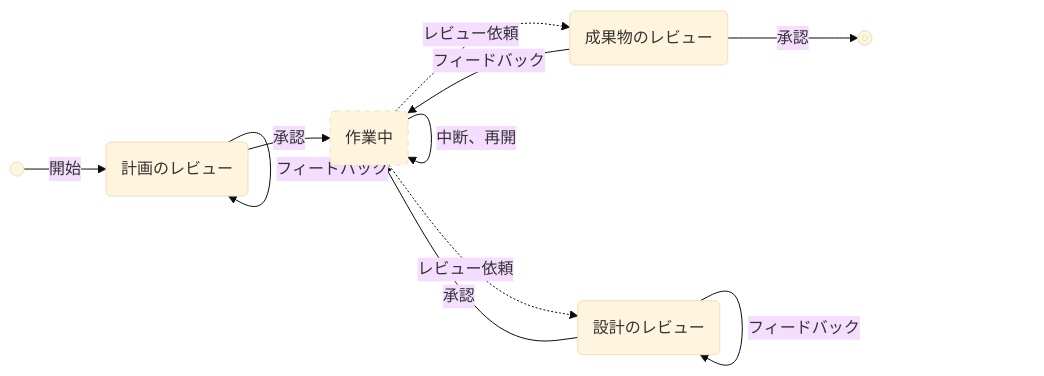
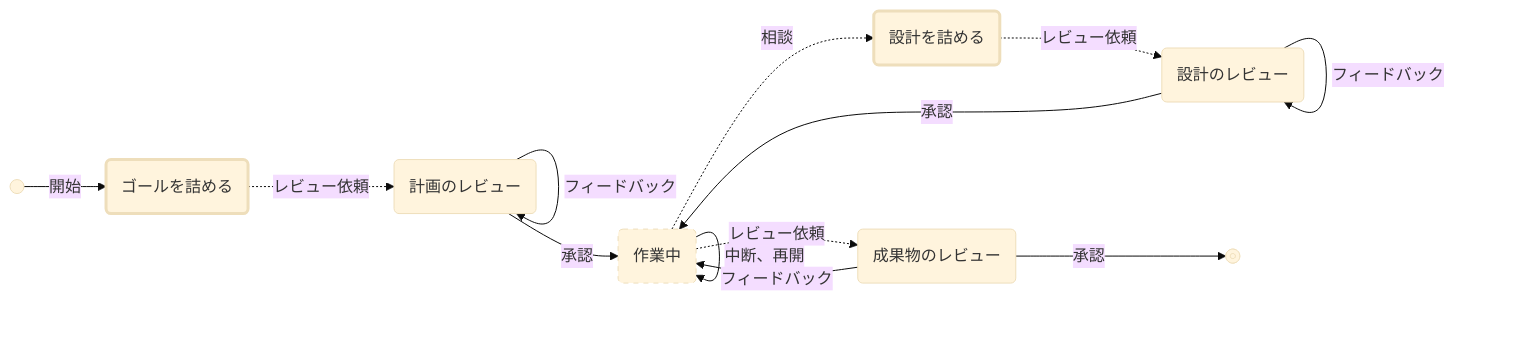
The diagram in rn/README.md (lovaizu/ccpm), drawn with Mermaid (base theme) before and after one commit. The commit also changed other lines of this file, not shown here.

Commit message:
docs(rn): README — the diagram shows where rn and you work out the goal and the design together, before their reviews

````diff
--- a/rn/README.md
+++ b/rn/README.md
@@ -22,22 +22,28 @@
 ```mermaid
 flowchart LR
     S@{ shape: sm-circ }
+    Goal("ゴールを詰める")
     Plan("計画のレビュー")
     Work("作業中")
+    Talk("設計を詰める")
     Design("設計のレビュー")
     Deliverable("成果物のレビュー")
     E@{ shape: fr-circ }
 
-    S -->|開始| Plan
+    S -->|開始| Goal
+    Goal -.->|レビュー依頼| Plan
     Plan -->|フィードバック| Plan
     Plan -->|承認| Work
     Work -->|中断、再開| Work
-    Work -.->|レビュー依頼| Design
+    Work -.->|相談| Talk
+    Talk -.->|レビュー依頼| Design
     Work -.->|レビュー依頼| Deliverable
     Design -->|フィードバック| Design
     Design -->|承認| Work
     Deliverable -->|フィードバック| Work
     Deliverable -->|承認| E
 
     style Work stroke-dasharray: 5 5
+    style Goal stroke-width: 3px
+    style Talk stroke-width: 3px
 ```
````
